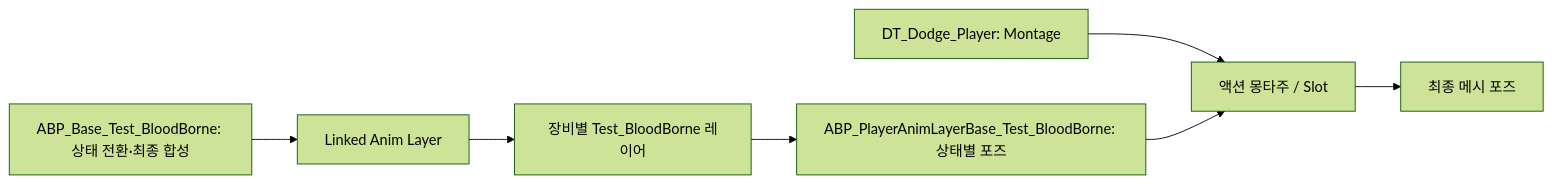
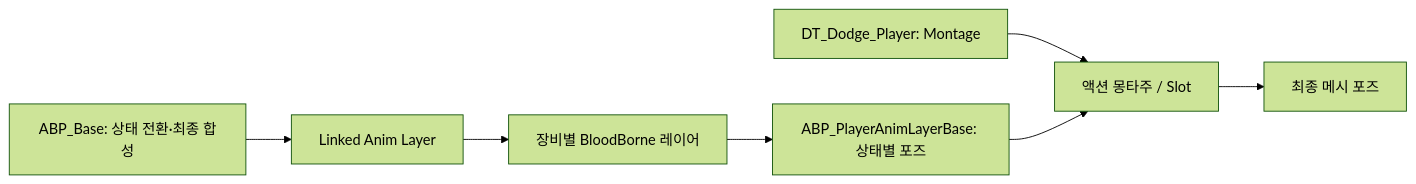
The diagram in docs/wiki/Features/Player-Animation/document.md (DreamersStudio3/Maverick), drawn with Mermaid (forest theme) before and after one commit. The commit also changed other lines of this file, not shown here.

````diff
--- a/docs/wiki/Features/Player-Animation/document.md
+++ b/docs/wiki/Features/Player-Animation/document.md
@@ -26,9 +23,9 @@
 ```mermaid
 flowchart LR
-    A[ABP_Base_Test_BloodBorne: 상태 전환·최종 합성] --> B[Linked Anim Layer]
-    B --> C[장비별 Test_BloodBorne 레이어]
-    C --> D[ABP_PlayerAnimLayerBase_Test_BloodBorne: 상태별 포즈]
+    A[ABP_Base: 상태 전환·최종 합성] --> B[Linked Anim Layer]
+    B --> C[장비별 BloodBorne 레이어]
+    C --> D[ABP_PlayerAnimLayerBase: 상태별 포즈]
     E[DT_Dodge_Player: Montage] --> F[액션 몽타주 / Slot]
     D --> F
     F --> G[최종 메시 포즈]
 ```
````
